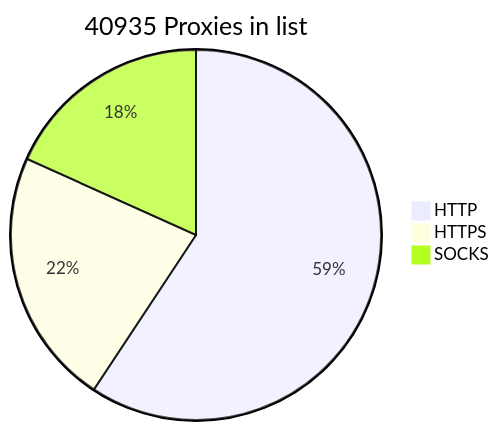
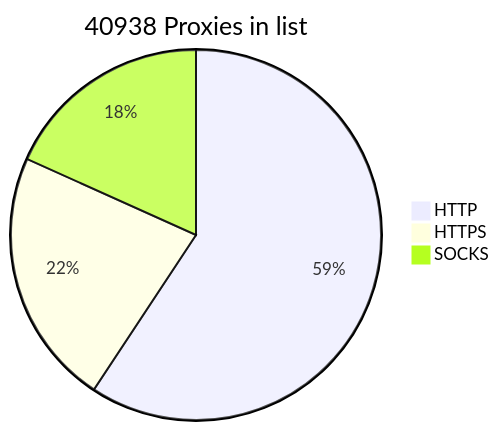
The diagram in README.md (BlackSnowDot/proxylist-update-every-minute), drawn with Mermaid before and after one commit. The commit also changed other lines of this file, not shown here.

````diff
--- a/README.md
+++ b/README.md
@@ -2,6 +2,6 @@
 ```mermaid
-pie title 40935 Proxies in list
+pie title 40938 Proxies in list
     "HTTP" : 28455
     "HTTPS": 10771
-    "SOCKS" : 8765
+    "SOCKS" : 8768
 ```
````
